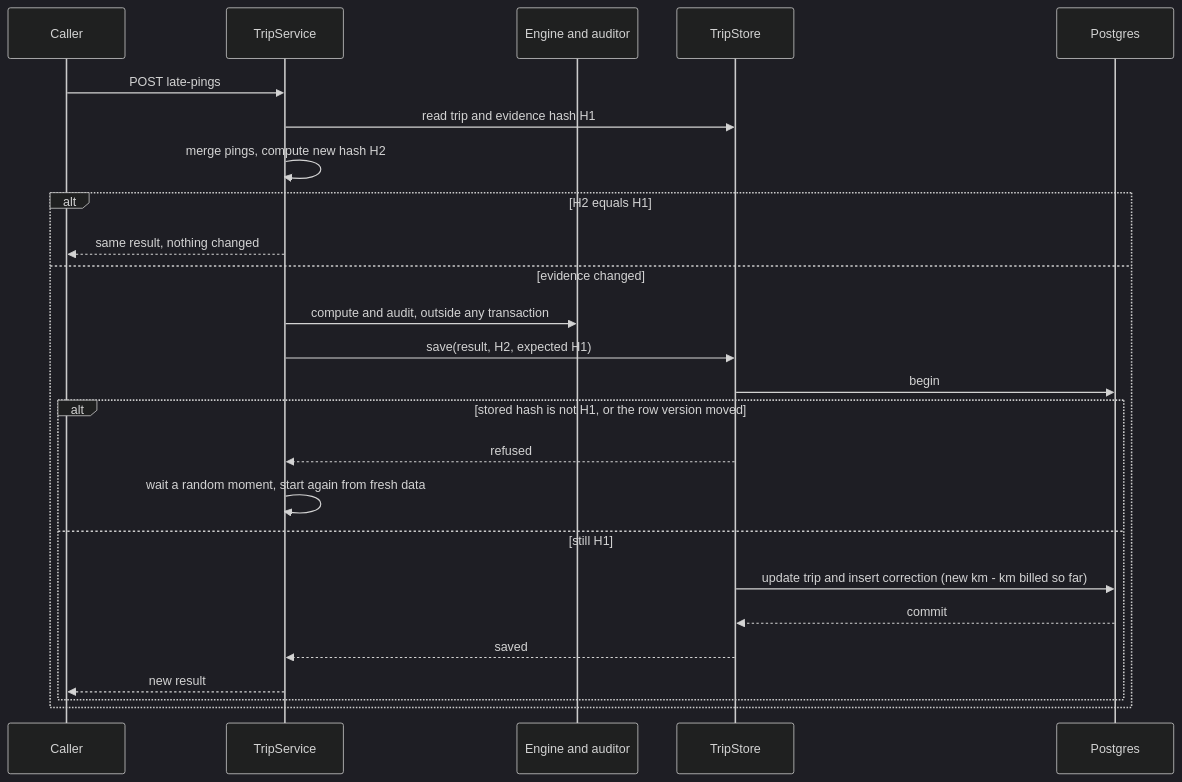
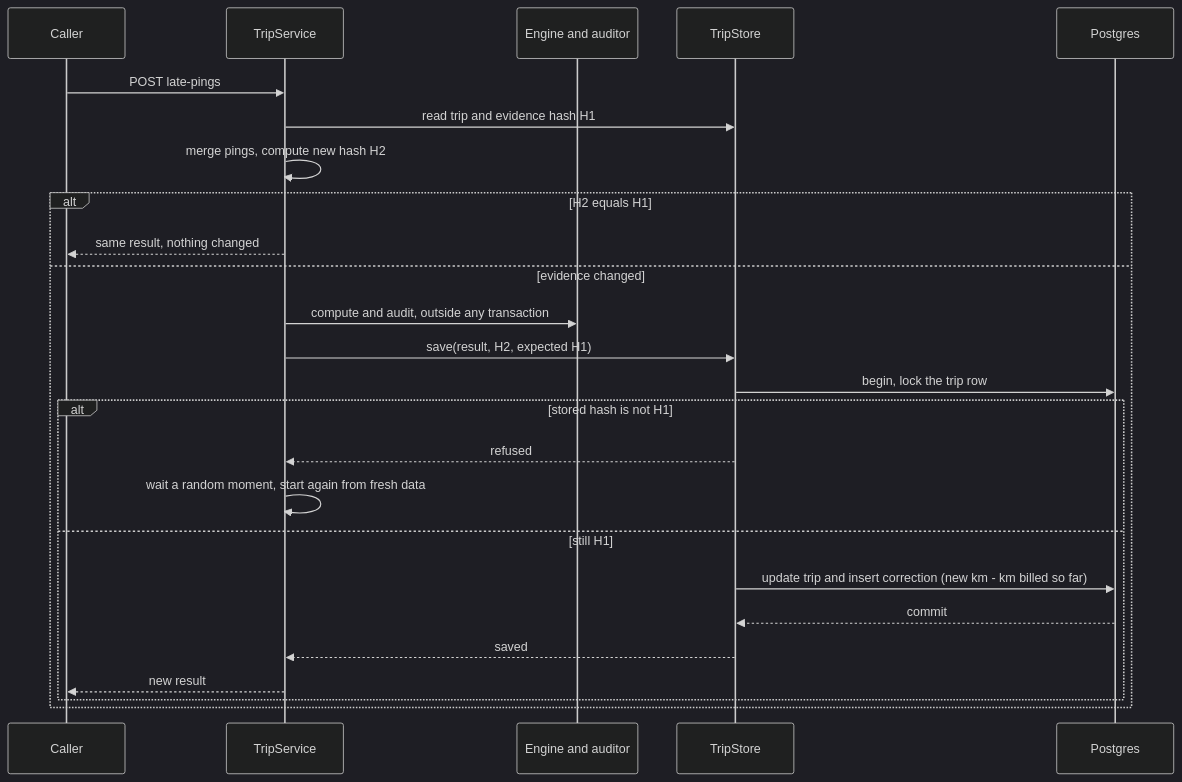
One commit to Kxvya18/gps-distance-engine changed the second of 2 diagrams in docs/design-note.md. Above: the diagram before and after it, drawn with Mermaid (dark theme). The commit also changed other lines of this file and 2 other files, not shown here.

Commit message:
Update docs for the row lock, review hold and database outage

````diff
--- a/docs/design-note.md
+++ b/docs/design-note.md
@@ -31,27 +31,27 @@
 ```mermaid
 sequenceDiagram
     participant V as Caller
     participant S as TripService
     participant E as Engine and auditor
     participant T as TripStore
     participant D as Postgres
     V->>S: POST late-pings
     S->>T: read trip and evidence hash H1
     S->>S: merge pings, compute new hash H2
     alt H2 equals H1
         S-->>V: same result, nothing changed
     else evidence changed
         S->>E: compute and audit, outside any transaction
         S->>T: save(result, H2, expected H1)
-        T->>D: begin
-        alt stored hash is not H1, or the row version moved
+        T->>D: begin, lock the trip row
+        alt stored hash is not H1
             T-->>S: refused
             S->>S: wait a random moment, start again from fresh data
         else still H1
             T->>D: update trip and insert correction (new km - km billed so far)
             D-->>T: commit
             T-->>S: saved
             S-->>V: new result
         end
     end
 ```
````
